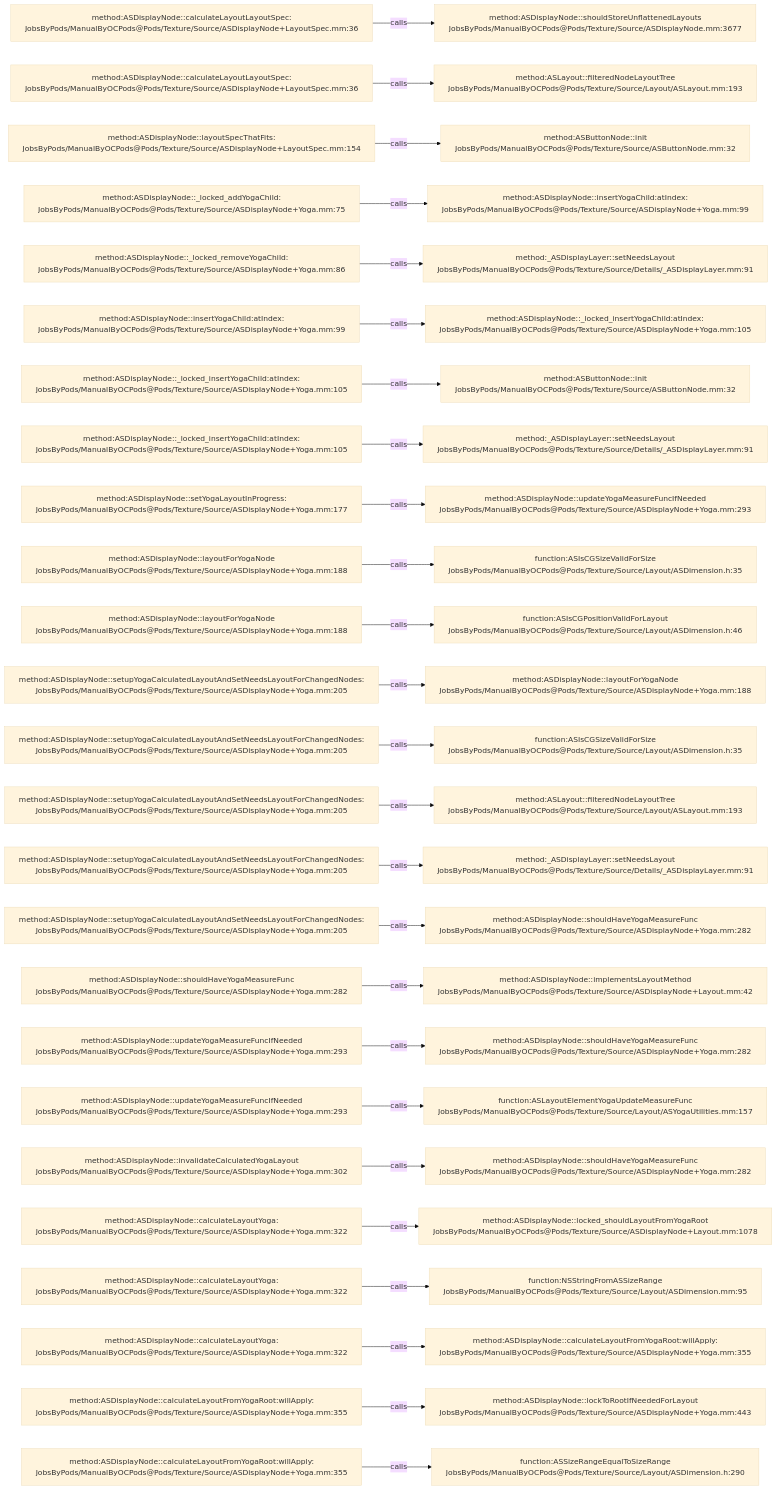
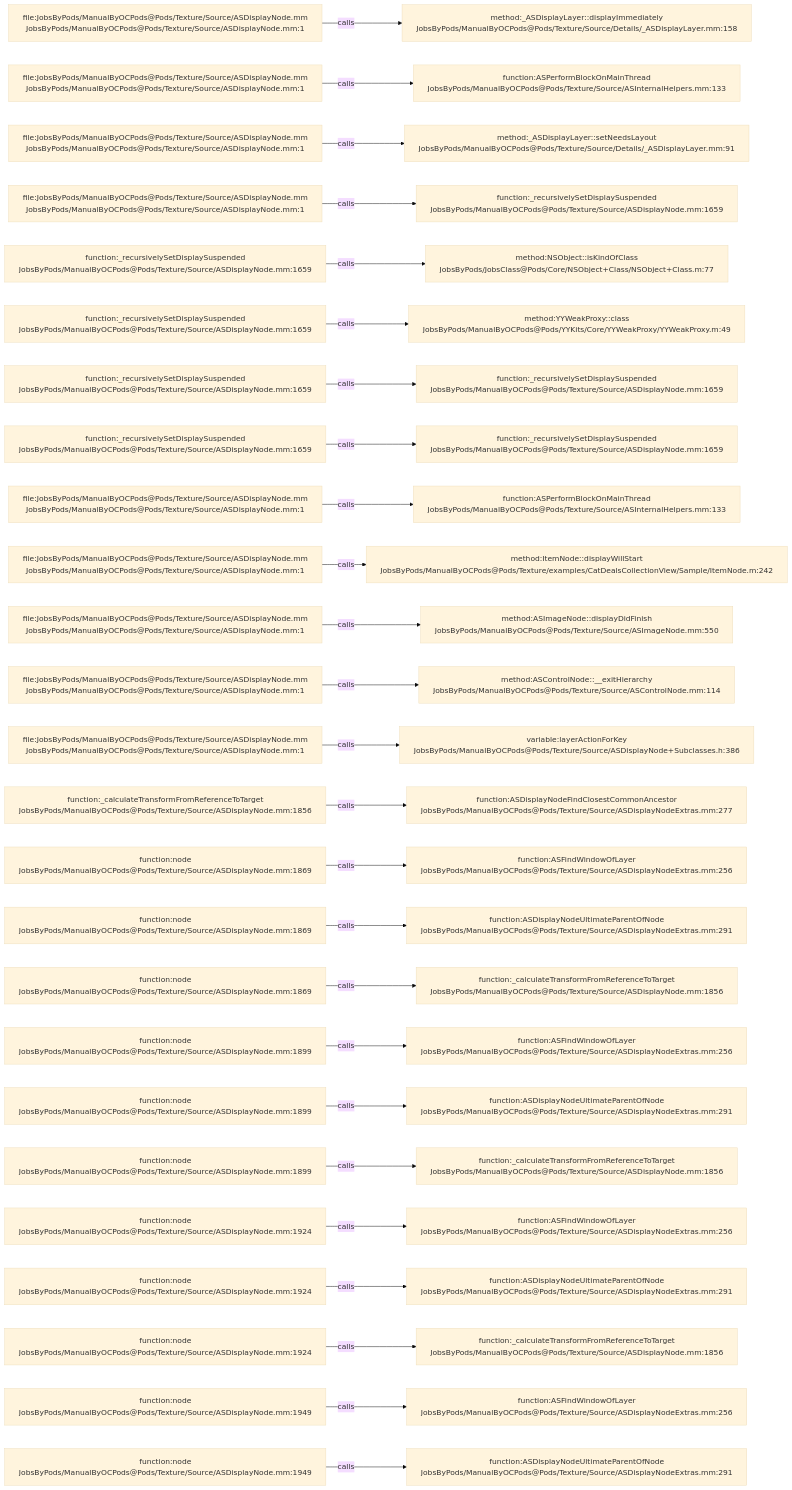
One commit to JobsKits/JobsOCBaseConfigDemo changed the diagram in .codegraph/codegraph.md/graphs/calls-102.md. Above: the diagram before and after it, drawn with Mermaid (base theme). The commit also changed 1223 other files, not shown here.

````diff
--- a/.codegraph/codegraph.md/graphs/calls-102.md
+++ b/.codegraph/codegraph.md/graphs/calls-102.md
@@ -13,78 +13,78 @@
 ```mermaid
 flowchart LR
-  S1["method:ASDisplayNode::calculateLayoutLayoutSpec:<br/>JobsByPods/ManualByOCPods@Pods/Texture/Source/ASDisplayNode+LayoutSpec.mm:36"]
-  T1["method:ASDisplayNode::shouldStoreUnflattenedLayouts<br/>JobsByPods/ManualByOCPods@Pods/Texture/Source/ASDisplayNode.mm:3677"]
+  S1["file:JobsByPods/ManualByOCPods@Pods/Texture/Source/ASDisplayNode.mm<br/>JobsByPods/ManualByOCPods@Pods/Texture/Source/ASDisplayNode.mm:1"]
+  T1["method:_ASDisplayLayer::displayImmediately<br/>JobsByPods/ManualByOCPods@Pods/Texture/Source/Details/_ASDisplayLayer.mm:158"]
   S1 -->|calls| T1
-  S2["method:ASDisplayNode::calculateLayoutLayoutSpec:<br/>JobsByPods/ManualByOCPods@Pods/Texture/Source/ASDisplayNode+LayoutSpec.mm:36"]
-  T2["method:ASLayout::filteredNodeLayoutTree<br/>JobsByPods/ManualByOCPods@Pods/Texture/Source/Layout/ASLayout.mm:193"]
+  S2["file:JobsByPods/ManualByOCPods@Pods/Texture/Source/ASDisplayNode.mm<br/>JobsByPods/ManualByOCPods@Pods/Texture/Source/ASDisplayNode.mm:1"]
+  T2["function:ASPerformBlockOnMainThread<br/>JobsByPods/ManualByOCPods@Pods/Texture/Source/ASInternalHelpers.mm:133"]
   S2 -->|calls| T2
-  S3["method:ASDisplayNode::layoutSpecThatFits:<br/>JobsByPods/ManualByOCPods@Pods/Texture/Source/ASDisplayNode+LayoutSpec.mm:154"]
-  T3["method:ASButtonNode::init<br/>JobsByPods/ManualByOCPods@Pods/Texture/Source/ASButtonNode.mm:32"]
+  S3["file:JobsByPods/ManualByOCPods@Pods/Texture/Source/ASDisplayNode.mm<br/>JobsByPods/ManualByOCPods@Pods/Texture/Source/ASDisplayNode.mm:1"]
+  T3["method:_ASDisplayLayer::setNeedsLayout<br/>JobsByPods/ManualByOCPods@Pods/Texture/Source/Details/_ASDisplayLayer.mm:91"]
   S3 -->|calls| T3
-  S4["method:ASDisplayNode::_locked_addYogaChild:<br/>JobsByPods/ManualByOCPods@Pods/Texture/Source/ASDisplayNode+Yoga.mm:75"]
-  T4["method:ASDisplayNode::insertYogaChild:atIndex:<br/>JobsByPods/ManualByOCPods@Pods/Texture/Source/ASDisplayNode+Yoga.mm:99"]
+  S4["file:JobsByPods/ManualByOCPods@Pods/Texture/Source/ASDisplayNode.mm<br/>JobsByPods/ManualByOCPods@Pods/Texture/Source/ASDisplayNode.mm:1"]
+  T4["function:_recursivelySetDisplaySuspended<br/>JobsByPods/ManualByOCPods@Pods/Texture/Source/ASDisplayNode.mm:1659"]
   S4 -->|calls| T4
-  S5["method:ASDisplayNode::_locked_removeYogaChild:<br/>JobsByPods/ManualByOCPods@Pods/Texture/Source/ASDisplayNode+Yoga.mm:86"]
-  T5["method:_ASDisplayLayer::setNeedsLayout<br/>JobsByPods/ManualByOCPods@Pods/Texture/Source/Details/_ASDisplayLayer.mm:91"]
+  S5["function:_recursivelySetDisplaySuspended<br/>JobsByPods/ManualByOCPods@Pods/Texture/Source/ASDisplayNode.mm:1659"]
+  T5["method:NSObject::isKindOfClass<br/>JobsByPods/JobsClass@Pods/Core/NSObject+Class/NSObject+Class.m:77"]
   S5 -->|calls| T5
-  S6["method:ASDisplayNode::insertYogaChild:atIndex:<br/>JobsByPods/ManualByOCPods@Pods/Texture/Source/ASDisplayNode+Yoga.mm:99"]
-  T6["method:ASDisplayNode::_locked_insertYogaChild:atIndex:<br/>JobsByPods/ManualByOCPods@Pods/Texture/Source/ASDisplayNode+Yoga.mm:105"]
+  S6["function:_recursivelySetDisplaySuspended<br/>JobsByPods/ManualByOCPods@Pods/Texture/Source/ASDisplayNode.mm:1659"]
+  T6["method:YYWeakProxy::class<br/>JobsByPods/ManualByOCPods@Pods/YYKits/Core/YYWeakProxy/YYWeakProxy.m:49"]
   S6 -->|calls| T6
-  S7["method:ASDisplayNode::_locked_insertYogaChild:atIndex:<br/>JobsByPods/ManualByOCPods@Pods/Texture/Source/ASDisplayNode+Yoga.mm:105"]
-  T7["method:ASButtonNode::init<br/>JobsByPods/ManualByOCPods@Pods/Texture/Source/ASButtonNode.mm:32"]
+  S7["function:_recursivelySetDisplaySuspended<br/>JobsByPods/ManualByOCPods@Pods/Texture/Source/ASDisplayNode.mm:1659"]
+  T7["function:_recursivelySetDisplaySuspended<br/>JobsByPods/ManualByOCPods@Pods/Texture/Source/ASDisplayNode.mm:1659"]
   S7 -->|calls| T7
-  S8["method:ASDisplayNode::_locked_insertYogaChild:atIndex:<br/>JobsByPods/ManualByOCPods@Pods/Texture/Source/ASDisplayNode+Yoga.mm:105"]
-  T8["method:_ASDisplayLayer::setNeedsLayout<br/>JobsByPods/ManualByOCPods@Pods/Texture/Source/Details/_ASDisplayLayer.mm:91"]
+  S8["function:_recursivelySetDisplaySuspended<br/>JobsByPods/ManualByOCPods@Pods/Texture/Source/ASDisplayNode.mm:1659"]
+  T8["function:_recursivelySetDisplaySuspended<br/>JobsByPods/ManualByOCPods@Pods/Texture/Source/ASDisplayNode.mm:1659"]
   S8 -->|calls| T8
-  S9["method:ASDisplayNode::setYogaLayoutInProgress:<br/>JobsByPods/ManualByOCPods@Pods/Texture/Source/ASDisplayNode+Yoga.mm:177"]
-  T9["method:ASDisplayNode::updateYogaMeasureFuncIfNeeded<br/>JobsByPods/ManualByOCPods@Pods/Texture/Source/ASDisplayNode+Yoga.mm:293"]
+  S9["file:JobsByPods/ManualByOCPods@Pods/Texture/Source/ASDisplayNode.mm<br/>JobsByPods/ManualByOCPods@Pods/Texture/Source/ASDisplayNode.mm:1"]
+  T9["function:ASPerformBlockOnMainThread<br/>JobsByPods/ManualByOCPods@Pods/Texture/Source/ASInternalHelpers.mm:133"]
   S9 -->|calls| T9
-  S10["method:ASDisplayNode::layoutForYogaNode<br/>JobsByPods/ManualByOCPods@Pods/Texture/Source/ASDisplayNode+Yoga.mm:188"]
-  T10["function:ASIsCGSizeValidForSize<br/>JobsByPods/ManualByOCPods@Pods/Texture/Source/Layout/ASDimension.h:35"]
+  S10["file:JobsByPods/ManualByOCPods@Pods/Texture/Source/ASDisplayNode.mm<br/>JobsByPods/ManualByOCPods@Pods/Texture/Source/ASDisplayNode.mm:1"]
+  T10["method:ItemNode::displayWillStart<br/>JobsByPods/ManualByOCPods@Pods/Texture/examples/CatDealsCollectionView/Sample/ItemNode.m:242"]
   S10 -->|calls| T10
-  S11["method:ASDisplayNode::layoutForYogaNode<br/>JobsByPods/ManualByOCPods@Pods/Texture/Source/ASDisplayNode+Yoga.mm:188"]
-  T11["function:ASIsCGPositionValidForLayout<br/>JobsByPods/ManualByOCPods@Pods/Texture/Source/Layout/ASDimension.h:46"]
+  S11["file:JobsByPods/ManualByOCPods@Pods/Texture/Source/ASDisplayNode.mm<br/>JobsByPods/ManualByOCPods@Pods/Texture/Source/ASDisplayNode.mm:1"]
+  T11["method:ASImageNode::displayDidFinish<br/>JobsByPods/ManualByOCPods@Pods/Texture/Source/ASImageNode.mm:550"]
   S11 -->|calls| T11
-  S12["method:ASDisplayNode::setupYogaCalculatedLayoutAndSetNeedsLayoutForChangedNodes:<br/>JobsByPods/ManualByOCPods@Pods/Texture/Source/ASDisplayNode+Yoga.mm:205"]
-  T12["method:ASDisplayNode::layoutForYogaNode<br/>JobsByPods/ManualByOCPods@Pods/Texture/Source/ASDisplayNode+Yoga.mm:188"]
+  S12["file:JobsByPods/ManualByOCPods@Pods/Texture/Source/ASDisplayNode.mm<br/>JobsByPods/ManualByOCPods@Pods/Texture/Source/ASDisplayNode.mm:1"]
+  T12["method:ASControlNode::__exitHierarchy<br/>JobsByPods/ManualByOCPods@Pods/Texture/Source/ASControlNode.mm:114"]
   S12 -->|calls| T12
-  S13["method:ASDisplayNode::setupYogaCalculatedLayoutAndSetNeedsLayoutForChangedNodes:<br/>JobsByPods/ManualByOCPods@Pods/Texture/Source/ASDisplayNode+Yoga.mm:205"]
-  T13["function:ASIsCGSizeValidForSize<br/>JobsByPods/ManualByOCPods@Pods/Texture/Source/Layout/ASDimension.h:35"]
+  S13["file:JobsByPods/ManualByOCPods@Pods/Texture/Source/ASDisplayNode.mm<br/>JobsByPods/ManualByOCPods@Pods/Texture/Source/ASDisplayNode.mm:1"]
+  T13["variable:layerActionForKey<br/>JobsByPods/ManualByOCPods@Pods/Texture/Source/ASDisplayNode+Subclasses.h:386"]
   S13 -->|calls| T13
-  S14["method:ASDisplayNode::setupYogaCalculatedLayoutAndSetNeedsLayoutForChangedNodes:<br/>JobsByPods/ManualByOCPods@Pods/Texture/Source/ASDisplayNode+Yoga.mm:205"]
-  T14["method:ASLayout::filteredNodeLayoutTree<br/>JobsByPods/ManualByOCPods@Pods/Texture/Source/Layout/ASLayout.mm:193"]
+  S14["function:_calculateTransformFromReferenceToTarget<br/>JobsByPods/ManualByOCPods@Pods/Texture/Source/ASDisplayNode.mm:1856"]
+  T14["function:ASDisplayNodeFindClosestCommonAncestor<br/>JobsByPods/ManualByOCPods@Pods/Texture/Source/ASDisplayNodeExtras.mm:277"]
   S14 -->|calls| T14
-  S15["method:ASDisplayNode::setupYogaCalculatedLayoutAndSetNeedsLayoutForChangedNodes:<br/>JobsByPods/ManualByOCPods@Pods/Texture/Source/ASDisplayNode+Yoga.mm:205"]
-  T15["method:_ASDisplayLayer::setNeedsLayout<br/>JobsByPods/ManualByOCPods@Pods/Texture/Source/Details/_ASDisplayLayer.mm:91"]
+  S15["function:node<br/>JobsByPods/ManualByOCPods@Pods/Texture/Source/ASDisplayNode.mm:1869"]
+  T15["function:ASFindWindowOfLayer<br/>JobsByPods/ManualByOCPods@Pods/Texture/Source/ASDisplayNodeExtras.mm:256"]
   S15 -->|calls| T15
-  S16["method:ASDisplayNode::setupYogaCalculatedLayoutAndSetNeedsLayoutForChangedNodes:<br/>JobsByPods/ManualByOCPods@Pods/Texture/Source/ASDisplayNode+Yoga.mm:205"]
-  T16["method:ASDisplayNode::shouldHaveYogaMeasureFunc<br/>JobsByPods/ManualByOCPods@Pods/Texture/Source/ASDisplayNode+Yoga.mm:282"]
+  S16["function:node<br/>JobsByPods/ManualByOCPods@Pods/Texture/Source/ASDisplayNode.mm:1869"]
+  T16["function:ASDisplayNodeUltimateParentOfNode<br/>JobsByPods/ManualByOCPods@Pods/Texture/Source/ASDisplayNodeExtras.mm:291"]
   S16 -->|calls| T16
-  S17["method:ASDisplayNode::shouldHaveYogaMeasureFunc<br/>JobsByPods/ManualByOCPods@Pods/Texture/Source/ASDisplayNode+Yoga.mm:282"]
-  T17["method:ASDisplayNode::implementsLayoutMethod<br/>JobsByPods/ManualByOCPods@Pods/Texture/Source/ASDisplayNode+Layout.mm:42"]
+  S17["function:node<br/>JobsByPods/ManualByOCPods@Pods/Texture/Source/ASDisplayNode.mm:1869"]
+  T17["function:_calculateTransformFromReferenceToTarget<br/>JobsByPods/ManualByOCPods@Pods/Texture/Source/ASDisplayNode.mm:1856"]
   S17 -->|calls| T17
-  S18["method:ASDisplayNode::updateYogaMeasureFuncIfNeeded<br/>JobsByPods/ManualByOCPods@Pods/Texture/Source/ASDisplayNode+Yoga.mm:293"]
-  T18["method:ASDisplayNode::shouldHaveYogaMeasureFunc<br/>JobsByPods/ManualByOCPods@Pods/Texture/Source/ASDisplayNode+Yoga.mm:282"]
+  S18["function:node<br/>JobsByPods/ManualByOCPods@Pods/Texture/Source/ASDisplayNode.mm:1899"]
+  T18["function:ASFindWindowOfLayer<br/>JobsByPods/ManualByOCPods@Pods/Texture/Source/ASDisplayNodeExtras.mm:256"]
   S18 -->|calls| T18
-  S19["method:ASDisplayNode::updateYogaMeasureFuncIfNeeded<br/>JobsByPods/ManualByOCPods@Pods/Texture/Source/ASDisplayNode+Yoga.mm:293"]
-  T19["function:ASLayoutElementYogaUpdateMeasureFunc<br/>JobsByPods/ManualByOCPods@Pods/Texture/Source/Layout/ASYogaUtilities.mm:157"]
+  S19["function:node<br/>JobsByPods/ManualByOCPods@Pods/Texture/Source/ASDisplayNode.mm:1899"]
+  T19["function:ASDisplayNodeUltimateParentOfNode<br/>JobsByPods/ManualByOCPods@Pods/Texture/Source/ASDisplayNodeExtras.mm:291"]
   S19 -->|calls| T19
-  S20["method:ASDisplayNode::invalidateCalculatedYogaLayout<br/>JobsByPods/ManualByOCPods@Pods/Texture/Source/ASDisplayNode+Yoga.mm:302"]
-  T20["method:ASDisplayNode::shouldHaveYogaMeasureFunc<br/>JobsByPods/ManualByOCPods@Pods/Texture/Source/ASDisplayNode+Yoga.mm:282"]
+  S20["function:node<br/>JobsByPods/ManualByOCPods@Pods/Texture/Source/ASDisplayNode.mm:1899"]
+  T20["function:_calculateTransformFromReferenceToTarget<br/>JobsByPods/ManualByOCPods@Pods/Texture/Source/ASDisplayNode.mm:1856"]
   S20 -->|calls| T20
-  S21["method:ASDisplayNode::calculateLayoutYoga:<br/>JobsByPods/ManualByOCPods@Pods/Texture/Source/ASDisplayNode+Yoga.mm:322"]
-  T21["method:ASDisplayNode::locked_shouldLayoutFromYogaRoot<br/>JobsByPods/ManualByOCPods@Pods/Texture/Source/ASDisplayNode+Layout.mm:1078"]
+  S21["function:node<br/>JobsByPods/ManualByOCPods@Pods/Texture/Source/ASDisplayNode.mm:1924"]
+  T21["function:ASFindWindowOfLayer<br/>JobsByPods/ManualByOCPods@Pods/Texture/Source/ASDisplayNodeExtras.mm:256"]
   S21 -->|calls| T21
-  S22["method:ASDisplayNode::calculateLayoutYoga:<br/>JobsByPods/ManualByOCPods@Pods/Texture/Source/ASDisplayNode+Yoga.mm:322"]
-  T22["function:NSStringFromASSizeRange<br/>JobsByPods/ManualByOCPods@Pods/Texture/Source/Layout/ASDimension.mm:95"]
+  S22["function:node<br/>JobsByPods/ManualByOCPods@Pods/Texture/Source/ASDisplayNode.mm:1924"]
+  T22["function:ASDisplayNodeUltimateParentOfNode<br/>JobsByPods/ManualByOCPods@Pods/Texture/Source/ASDisplayNodeExtras.mm:291"]
   S22 -->|calls| T22
-  S23["method:ASDisplayNode::calculateLayoutYoga:<br/>JobsByPods/ManualByOCPods@Pods/Texture/Source/ASDisplayNode+Yoga.mm:322"]
-  T23["method:ASDisplayNode::calculateLayoutFromYogaRoot:willApply:<br/>JobsByPods/ManualByOCPods@Pods/Texture/Source/ASDisplayNode+Yoga.mm:355"]
+  S23["function:node<br/>JobsByPods/ManualByOCPods@Pods/Texture/Source/ASDisplayNode.mm:1924"]
+  T23["function:_calculateTransformFromReferenceToTarget<br/>JobsByPods/ManualByOCPods@Pods/Texture/Source/ASDisplayNode.mm:1856"]
   S23 -->|calls| T23
-  S24["method:ASDisplayNode::calculateLayoutFromYogaRoot:willApply:<br/>JobsByPods/ManualByOCPods@Pods/Texture/Source/ASDisplayNode+Yoga.mm:355"]
-  T24["method:ASDisplayNode::lockToRootIfNeededForLayout<br/>JobsByPods/ManualByOCPods@Pods/Texture/Source/ASDisplayNode+Yoga.mm:443"]
+  S24["function:node<br/>JobsByPods/ManualByOCPods@Pods/Texture/Source/ASDisplayNode.mm:1949"]
+  T24["function:ASFindWindowOfLayer<br/>JobsByPods/ManualByOCPods@Pods/Texture/Source/ASDisplayNodeExtras.mm:256"]
   S24 -->|calls| T24
-  S25["method:ASDisplayNode::calculateLayoutFromYogaRoot:willApply:<br/>JobsByPods/ManualByOCPods@Pods/Texture/Source/ASDisplayNode+Yoga.mm:355"]
-  T25["function:ASSizeRangeEqualToSizeRange<br/>JobsByPods/ManualByOCPods@Pods/Texture/Source/Layout/ASDimension.h:290"]
+  S25["function:node<br/>JobsByPods/ManualByOCPods@Pods/Texture/Source/ASDisplayNode.mm:1949"]
+  T25["function:ASDisplayNodeUltimateParentOfNode<br/>JobsByPods/ManualByOCPods@Pods/Texture/Source/ASDisplayNodeExtras.mm:291"]
   S25 -->|calls| T25
 ```
````
